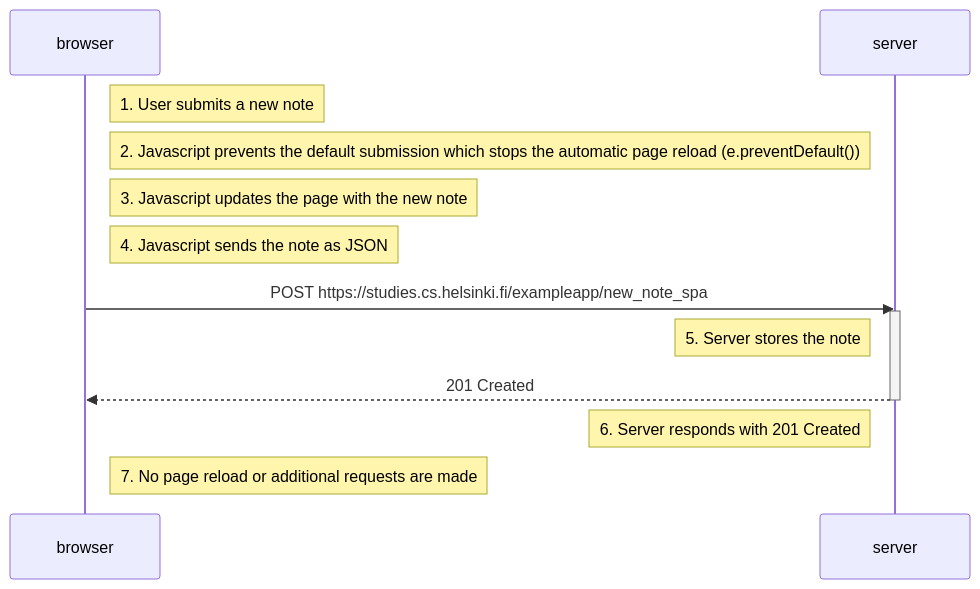
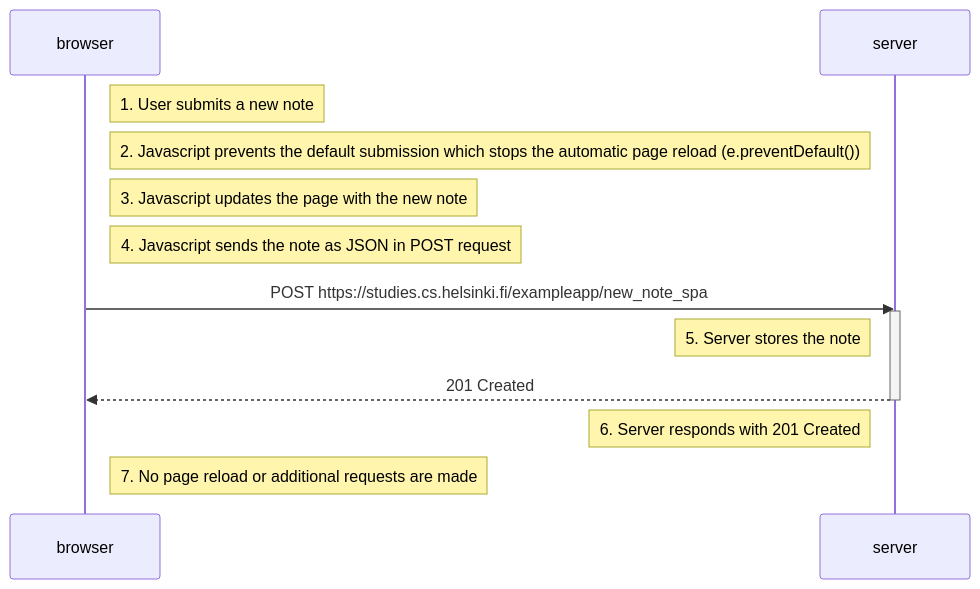
The diagram in osa0/0.6.md (DrFinger2/fullstackopen-2026), drawn with Mermaid before and after one commit.

````diff
--- a/osa0/0.6.md
+++ b/osa0/0.6.md
@@ -1,19 +1,19 @@
 ```mermaid
 sequenceDiagram
     participant browser
     participant server
 
     Note right of browser: 1. User submits a new note
     Note right of browser: 2. Javascript prevents the default submission which stops the automatic page reload (e.preventDefault())
     Note right of browser: 3. Javascript updates the page with the new note
-    Note right of browser: 4. Javascript sends the note as JSON 
+    Note right of browser: 4. Javascript sends the note as JSON in POST request 
 
     browser->>server: POST https://studies.cs.helsinki.fi/exampleapp/new_note_spa
     activate server
 
     Note left of server: 5. Server stores the note
     server-->>browser: 201 Created
     deactivate server
     Note left of server: 6. Server responds with 201 Created
     Note right of browser: 7. No page reload or additional requests are made
 ```
````
